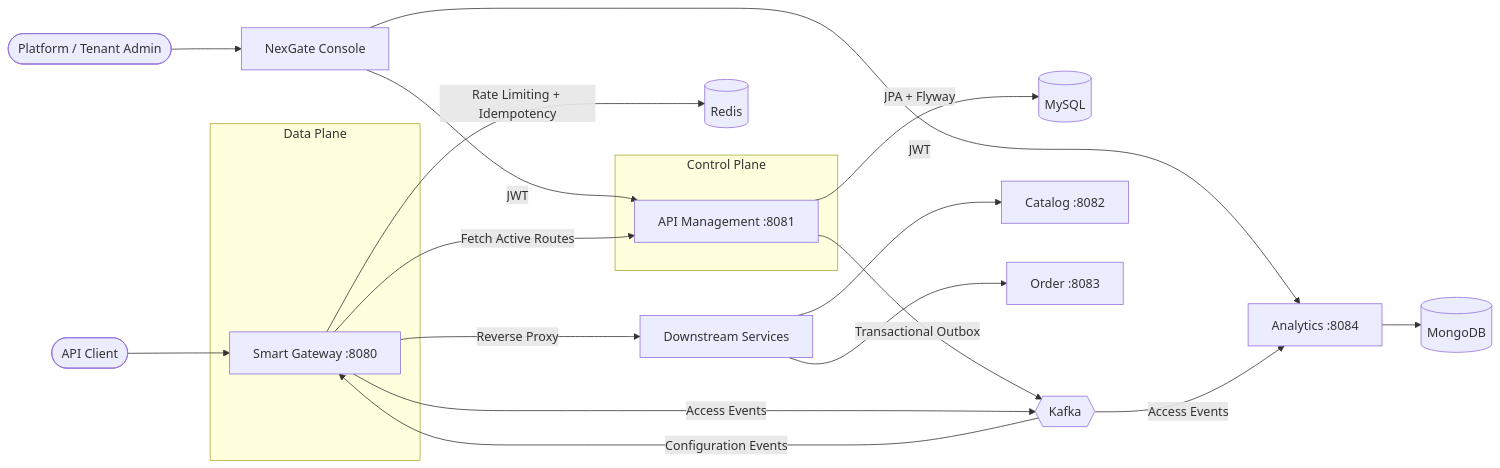
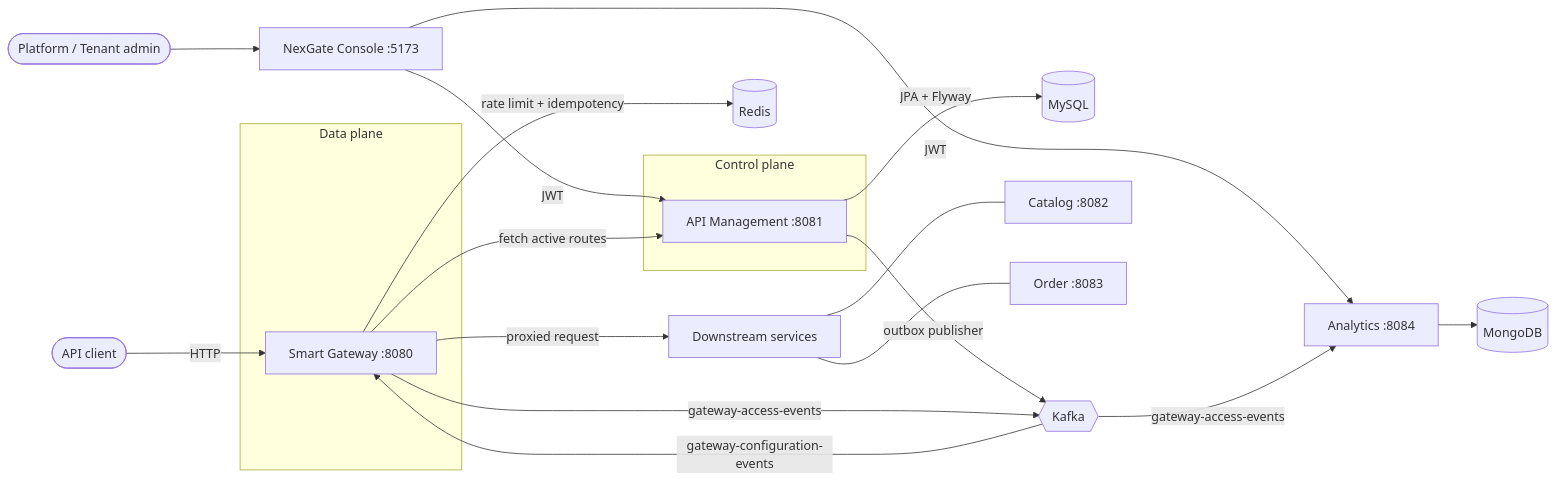
One commit to rajanSoni0/nexgate changed the diagram in README.md. Above: the diagram before and after it, drawn with Mermaid. The commit also changed other lines of this file, not shown here.

````diff
--- a/README.md
+++ b/README.md
@@ -65,31 +63,31 @@
 ```mermaid
 flowchart LR
-    Client([API Client]) --> GW
+    Client([API client]) -->|HTTP| GW
 
-    subgraph DataPlane[Data Plane]
+    subgraph DataPlane[Data plane]
         GW[Smart Gateway :8080]
     end
 
-    subgraph ControlPlane[Control Plane]
+    subgraph ControlPlane[Control plane]
         MGMT[API Management :8081]
     end
 
-    Admin([Platform / Tenant Admin]) --> UI[NexGate Console]
+    Admin([Platform / Tenant admin]) --> UI[NexGate Console :5173]
     UI -->|JWT| MGMT
-    UI -->|JWT| AN[Analytics :8084]
+    UI -->|JWT| AN
 
     MGMT -->|JPA + Flyway| MYSQL[(MySQL)]
-    MGMT -->|Transactional Outbox| K{{Kafka}}
+    MGMT -->|outbox publisher| K{{Kafka}}
 
-    K -->|Configuration Events| GW
-    GW -->|Fetch Active Routes| MGMT
-    GW -->|Rate Limiting + Idempotency| REDIS[(Redis)]
-    GW -->|Access Events| K
-    GW -->|Reverse Proxy| DS[Downstream Services]
+    K -->|gateway-configuration-events| GW
+    GW -->|fetch active routes| MGMT
+    GW -->|rate limit + idempotency| REDIS[(Redis)]
+    GW -->|gateway-access-events| K
+    GW -->|proxied request| DS[Downstream services]
 
-    K -->|Access Events| AN
+    K -->|gateway-access-events| AN[Analytics :8084]
     AN --> MONGO[(MongoDB)]
 
-    DS --> CAT[Catalog :8082]
-    DS --> ORD[Order :8083]
+    DS --- CAT[Catalog :8082]
+    DS --- ORD[Order :8083]
 ```
````
